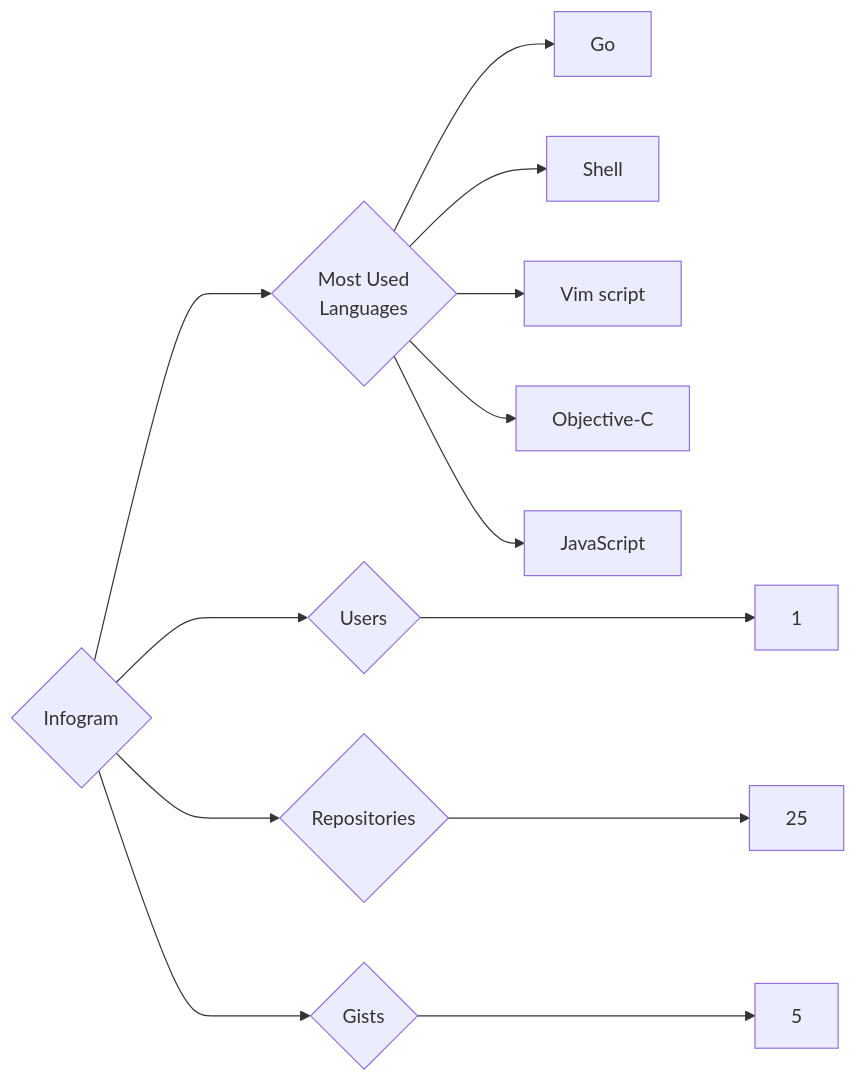
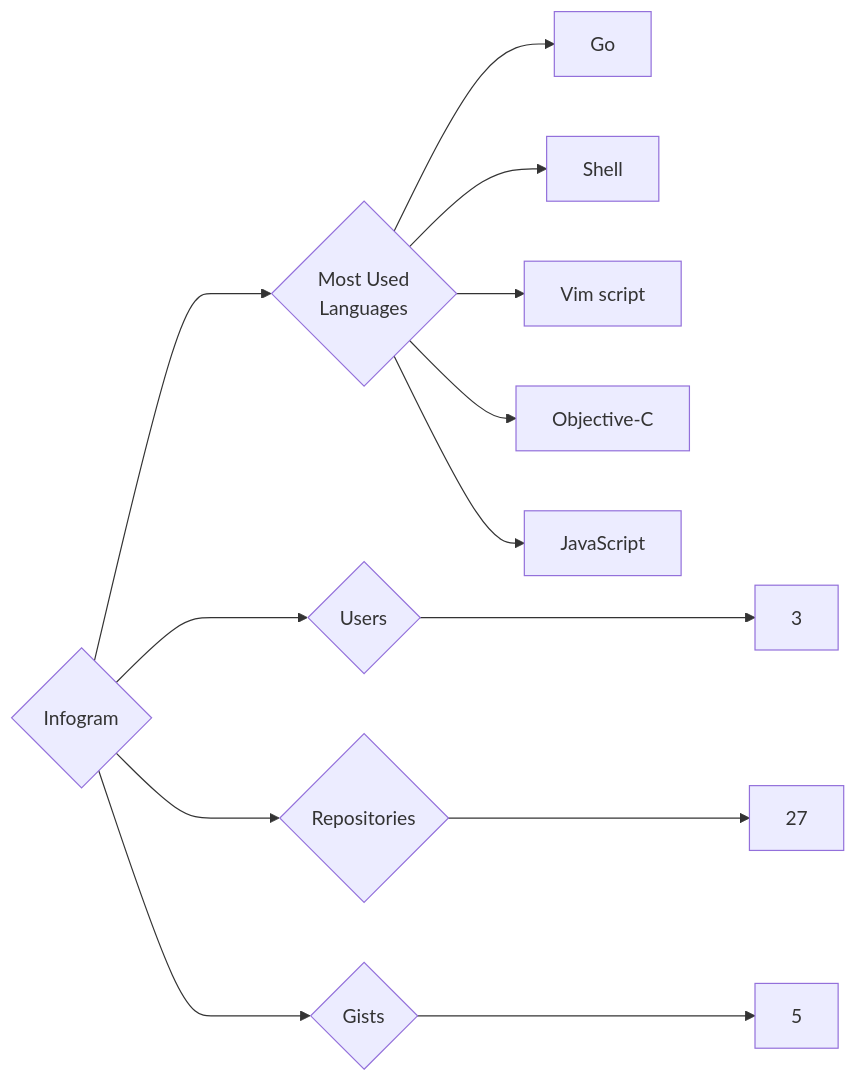
One commit to trickest/insiders changed the diagram in targets/Infogram/README.md. Above: the diagram before and after it, drawn with Mermaid. The commit also changed 681 other files, not shown here.

````diff
--- a/targets/Infogram/README.md
+++ b/targets/Infogram/README.md
@@ -3,13 +3,13 @@
 ```mermaid
 graph LR
 COMPANY_NAME{Infogram}
-COMPANY_NAME ---> U{Users} ---> UN[1]
-COMPANY_NAME ---> R{Repositories} ---> RN[25]
+COMPANY_NAME ---> U{Users} ---> UN[3]
+COMPANY_NAME ---> R{Repositories} ---> RN[27]
 COMPANY_NAME ---> G{Gists} ---> GN[5]
 COMPANY_NAME ---> ML{Most Used<br>Languages}
 ML --> Go[Go]
 ML --> Shell[Shell]
 ML --> Vim_script[Vim script]
 ML --> Objective-C[Objective-C]
 ML --> JavaScript[JavaScript]
 ```
````
